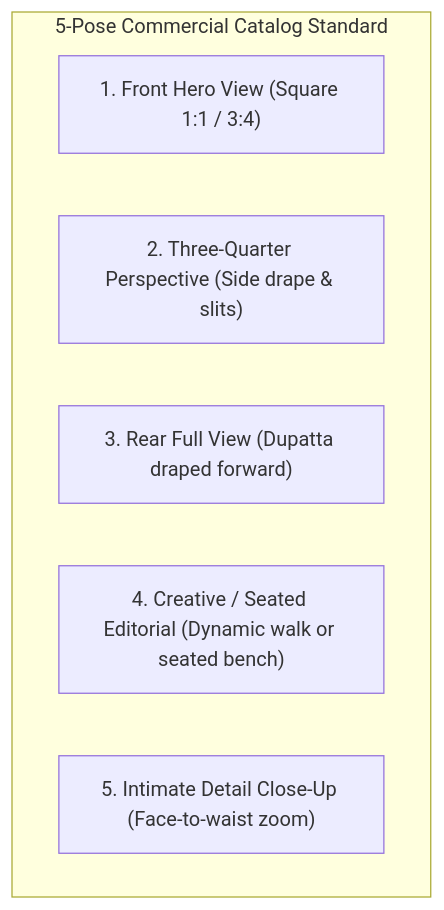
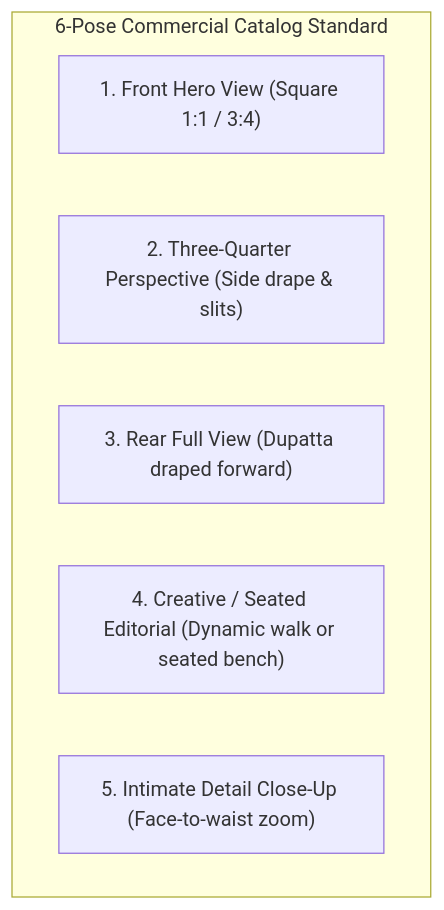
Before and after one commit to pawanshukla500/aistudio-youthnic: the diagram in youthnic-ai-studio-docs/introduction/main-capabilities.mdx, drawn with Mermaid. The commit also changed other lines of this file and 72 other files, not shown here.

````diff
--- a/youthnic-ai-studio-docs/introduction/main-capabilities.mdx
+++ b/youthnic-ai-studio-docs/introduction/main-capabilities.mdx
@@ -37,10 +37,10 @@
 ```mermaid
 graph TD
-    subgraph "5-Pose Commercial Catalog Standard"
+    subgraph "6-Pose Commercial Catalog Standard"
         P1["1. Front Hero View (Square 1:1 / 3:4)"]
         P2["2. Three-Quarter Perspective (Side drape & slits)"]
         P3["3. Rear Full View (Dupatta draped forward)"]
         P4["4. Creative / Seated Editorial (Dynamic walk or seated bench)"]
         P5["5. Intimate Detail Close-Up (Face-to-waist zoom)"]
     end
 ```
````
